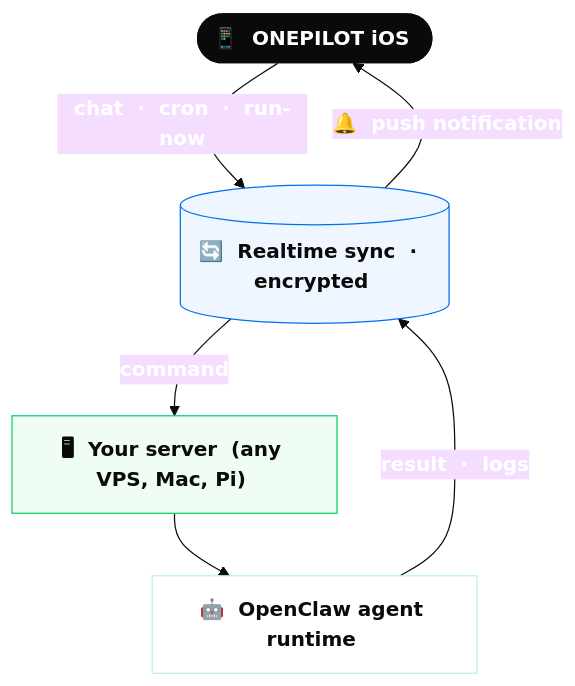
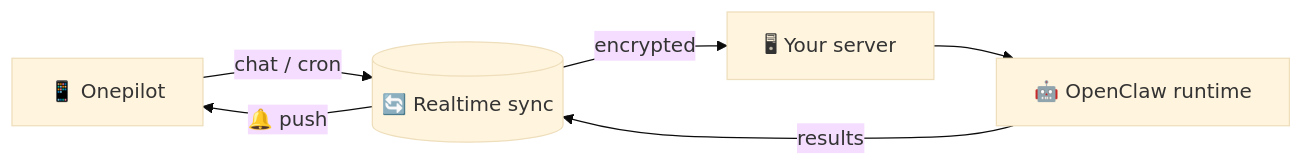
The second of 3 diagrams in README.md (sofiane8910/onepilotapp), drawn with Mermaid (base theme) before and after one commit. The commit also changed other lines of this file, not shown here.

First line of the commit message:
README: chain pillar leaves vertically; revert agent flow to LR

````diff
--- a/README.md
+++ b/README.md
@@ -68,18 +74,8 @@
 ```mermaid
-flowchart TB
-    A(["📱 &nbsp;ONEPILOT iOS&nbsp;"])
-    A -- "chat &nbsp;·&nbsp; cron &nbsp;·&nbsp; run-now" --> B[("🔄 &nbsp;Realtime sync &nbsp;·&nbsp; encrypted&nbsp;")]
-    B -- "command" --> C["🖥 &nbsp;Your server &nbsp;(any VPS, Mac, Pi)&nbsp;"]
-    C --> D["🤖 &nbsp;OpenClaw agent runtime&nbsp;"]
-    D -- "result &nbsp;·&nbsp; logs" --> B
-    B -- "🔔 &nbsp;push notification" --> A
-
-    classDef root fill:#0a0a0a,stroke:#0a0a0a,color:#fff,font-weight:bold
-    classDef sync fill:#eff6ff,stroke:#0070f3,color:#0a0a0a,font-weight:bold
-    classDef server fill:#f0fdf4,stroke:#0cce6b,color:#0a0a0a,font-weight:bold
-    classDef agent fill:#ffffff,stroke:#bbf7d0,color:#0a0a0a
-    class A root
-    class B sync
-    class C server
-    class D agent
+flowchart LR
+    A["📱 Onepilot"] -- "chat / cron" --> B[("🔄 Realtime sync")]
+    B -- "encrypted" --> C["🖥 Your server"]
+    C --> D["🤖 OpenClaw runtime"]
+    D -- "results" --> B
+    B -- "🔔 push" --> A
 ```
````
